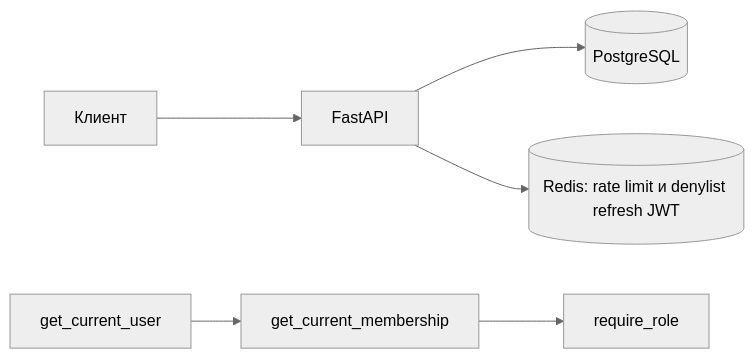
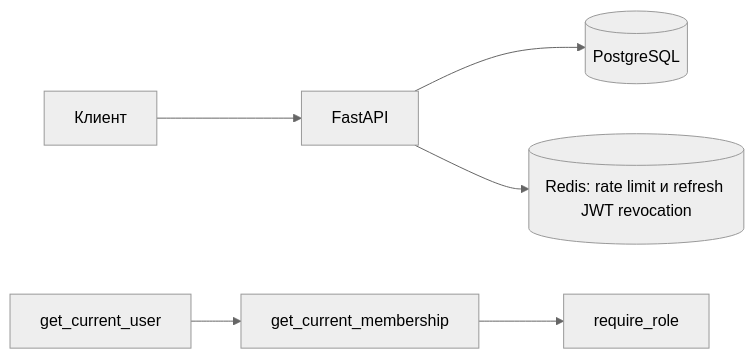
One commit to MalaysiaSurfer/MultitenantTaskManagementSaaS changed the diagram in README.md. Above: the diagram before and after it, drawn with Mermaid (neutral theme). The commit also changed other lines of this file and 21 other files, not shown here.

````diff
--- a/README.md
+++ b/README.md
@@ -51,8 +51,8 @@
 ```mermaid
 flowchart LR
   C[Клиент] --> API[FastAPI]
   API --> PG[(PostgreSQL)]
-  API --> R[(Redis: rate limit и denylist refresh JWT)]
+  API --> R[(Redis: rate limit и refresh JWT revocation)]
   U[get_current_user] --> M[get_current_membership]
   M --> RR[require_role]
 ```
````
